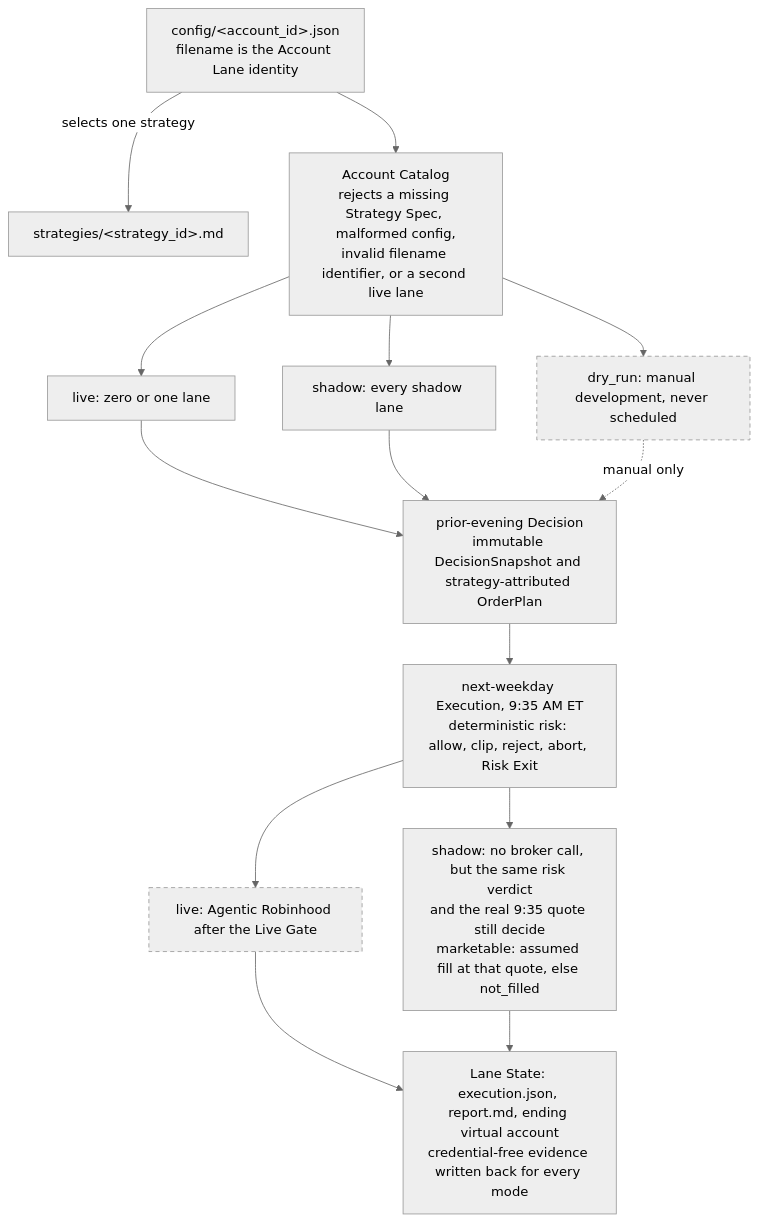
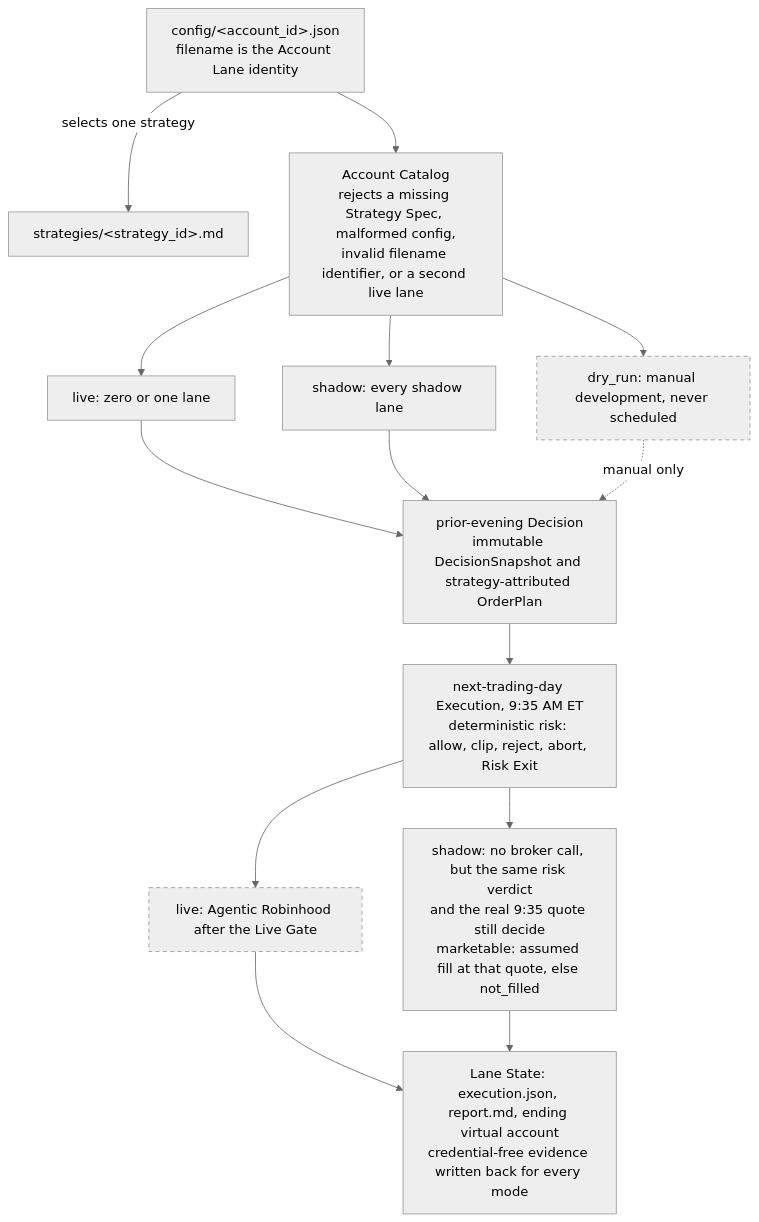
One commit to Alicia1529/ripple-agentic-trading changed the diagram in README.md. Above: the diagram before and after it, drawn with Mermaid (neutral theme). The commit also changed other lines of this file and 16 other files, not shown here.

````diff
--- a/README.md
+++ b/README.md
@@ -33,30 +33,30 @@
 ```mermaid
 flowchart TD
     CFG["config/&lt;account_id&gt;.json<br/>filename is the Account Lane identity"]
     SPEC["strategies/&lt;strategy_id&gt;.md"]
     CAT["Account Catalog<br/>rejects a missing Strategy Spec, malformed config,<br/>invalid filename identifier, or a second live lane"]
 
     CFG -->|"selects one strategy"| SPEC
     CFG --> CAT
 
     CAT --> LIVE["live: zero or one lane"]
     CAT --> SHDW["shadow: every shadow lane"]
     CAT --> DRY["dry_run: manual development, never scheduled"]
 
     LIVE --> DEC
     SHDW --> DEC
     DRY -.->|"manual only"| DEC
 
     DEC["prior-evening Decision<br/>immutable DecisionSnapshot and strategy-attributed OrderPlan"]
-    DEC --> EXE["next-weekday Execution, 9:35 AM ET<br/>deterministic risk: allow, clip, reject, abort, Risk Exit"]
+    DEC --> EXE["next-trading-day Execution, 9:35 AM ET<br/>deterministic risk: allow, clip, reject, abort, Risk Exit"]
 
     EXE --> L["live: Agentic Robinhood after the Live Gate"]
     EXE --> S["shadow: no broker call, but the same risk verdict<br/>and the real 9:35 quote still decide<br/>marketable: assumed fill at that quote, else not_filled"]
 
     L --> ST
     S --> ST
     ST["Lane State: execution.json, report.md, ending virtual account<br/>credential-free evidence written back for every mode"]
 
     classDef gated stroke-dasharray: 5 4;
     class L,DRY gated;
 ```
````
